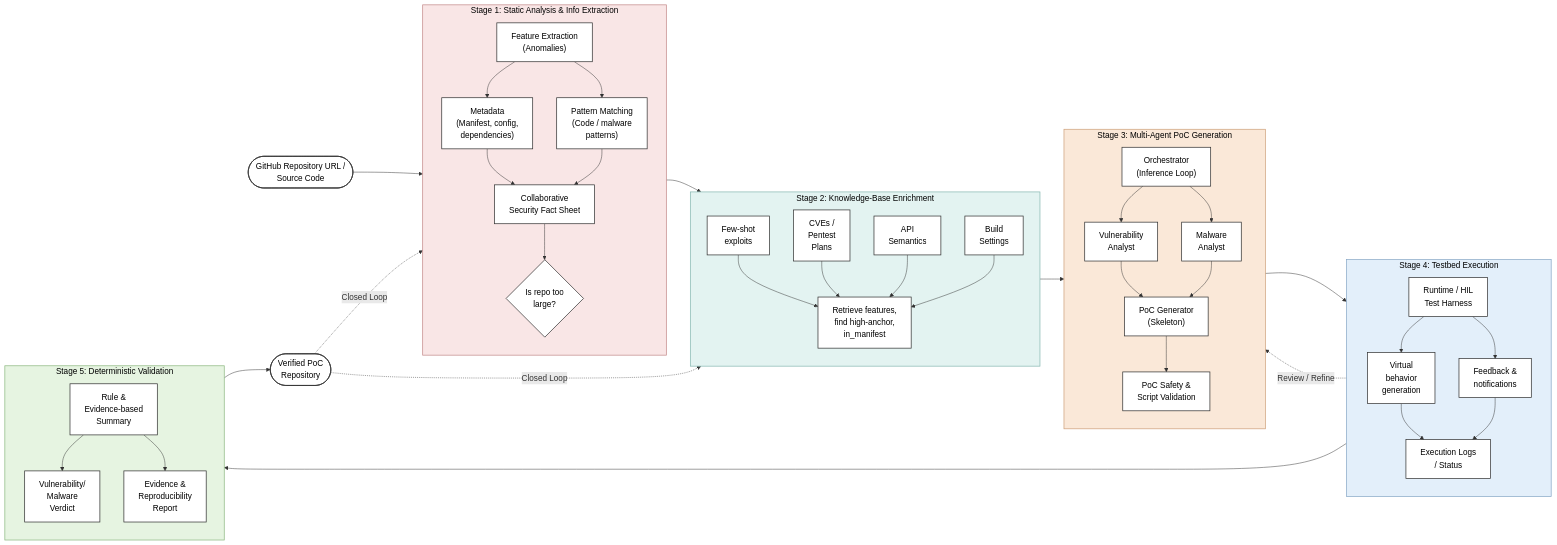
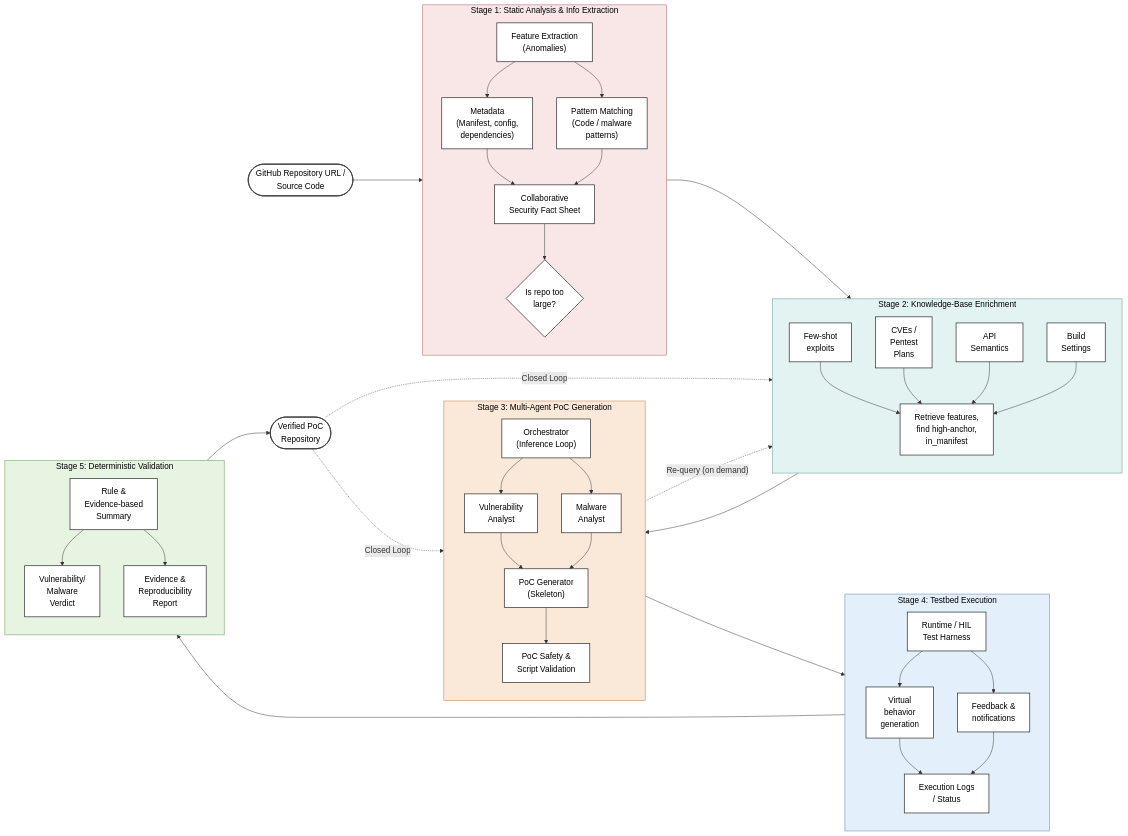
One commit to ioget/ExtPoCGen changed the diagram in MyThinking-Archi/pipeline_5stage.mmd. Above: the diagram before and after it, drawn with Mermaid. The commit also changed 1 other file, not shown here.

Commit message:
Diagram: 5-stage pipeline feedback loops (both from verified PoC to KB enrichment + PoC generation, plus on-demand re-query)

```diff
--- a/MyThinking-Archi/pipeline_5stage.mmd
+++ b/MyThinking-Archi/pipeline_5stage.mmd
@@ -1,104 +1,106 @@
 %%{init: {'themeVariables': {'fontSize':'17px'}}}%%
 flowchart LR
     %% Entrée initiale
     Start(["GitHub Repository URL /<br/>Source Code"])
 
     %% Stage 1
     subgraph Stage1["Stage 1: Static Analysis & Info Extraction"]
         direction TB
         S1_feat["Feature Extraction<br/>(Anomalies)"]
         S1_meta["Metadata<br/>(Manifest, config,<br/>dependencies)"]
         S1_patt["Pattern Matching<br/>(Code / malware<br/>patterns)"]
         S1_sheet["Collaborative<br/>Security Fact Sheet"]
         S1_repo{"Is repo too<br/>large?"}
 
         S1_feat --> S1_meta
         S1_feat --> S1_patt
         S1_meta --> S1_sheet
         S1_patt --> S1_sheet
         S1_sheet --> S1_repo
     end
 
     %% Stage 2
     subgraph Stage2["Stage 2: Knowledge-Base Enrichment"]
         direction TB
         S2_few["Few-shot<br/>exploits"]
         S2_cve["CVEs /<br/>Pentest<br/>Plans"]
         S2_api["API<br/>Semantics"]
         S2_build["Build<br/>Settings"]
         S2_ret["Retrieve features,<br/>find high-anchor,<br/>in_manifest"]
 
         S2_few --> S2_ret
         S2_cve --> S2_ret
         S2_api --> S2_ret
         S2_build --> S2_ret
     end
 
     %% Stage 3
     subgraph Stage3["Stage 3: Multi-Agent PoC Generation"]
         direction TB
         S3_orch["Orchestrator<br/>(Inference Loop)"]
         S3_vuln["Vulnerability<br/>Analyst"]
         S3_mal["Malware<br/>Analyst"]
         S3_gen["PoC Generator<br/>(Skeleton)"]
         S3_val["PoC Safety &<br/>Script Validation"]
 
         S3_orch --> S3_vuln
         S3_orch --> S3_mal
         S3_vuln --> S3_gen
         S3_mal --> S3_gen
         S3_gen --> S3_val
     end
 
     %% Stage 4
     subgraph Stage4["Stage 4: Testbed Execution"]
         direction TB
         S4_run["Runtime / HIL<br/>Test Harness"]
         S4_virt["Virtual<br/>behavior<br/>generation"]
         S4_feed["Feedback &<br/>notifications"]
         S4_logs["Execution Logs<br/>/ Status"]
 
         S4_run --> S4_virt
         S4_run --> S4_feed
         S4_virt --> S4_logs
         S4_feed --> S4_logs
     end
 
     %% Stage 5
     subgraph Stage5["Stage 5: Deterministic Validation"]
         direction TB
         S5_rule["Rule &<br/>Evidence-based<br/>Summary"]
         S5_verd["Vulnerability/<br/>Malware<br/>Verdict"]
         S5_rep["Evidence &<br/>Reproducibility<br/>Report"]
 
         S5_rule --> S5_verd
         S5_rule --> S5_rep
     end
 
     %% Sortie finale
     End(["Verified PoC<br/>Repository"])
 
     %% Flux principal entre les étapes (toutes les flèches ciblent des CONTENEURS
     %% -> Mermaid respecte alors le `direction TB` interne de chaque stage)
     Start --> Stage1
     Stage1 --> Stage2
     Stage2 --> Stage3
     Stage3 --> Stage4
     Stage4 --> Stage5
     Stage5 --> End
 
-    %% Boucles de rétroaction (pointillés) — vers les conteneurs
-    Stage4 -. "Review / Refine" .-> Stage3
-    End -. "Closed Loop" .-> Stage1
+    %% Boucles de rétroaction (pointillés) — toutes deux depuis le PoC vérifié (End)
+    End -. "Closed Loop" .-> Stage3
     End -. "Closed Loop" .-> Stage2
+
+    %% L'agent peut ré-interroger le retrieval à la demande pendant la génération
+    Stage3 -. "Re-query (on demand)" .-> Stage2
 
     %% Styles des conteneurs (Stages)
     style Stage1 fill:#f9e6e6,stroke:#c48b8b,stroke-width:1.5px,color:#000
     style Stage2 fill:#e3f3f1,stroke:#88b8b2,stroke-width:1.5px,color:#000
     style Stage3 fill:#fae8d8,stroke:#cfa17c,stroke-width:1.5px,color:#000
     style Stage4 fill:#e3effa,stroke:#88a8c7,stroke-width:1.5px,color:#000
     style Stage5 fill:#e6f4e1,stroke:#8eb882,stroke-width:1.5px,color:#000
 
     %% Styles des boîtes internes
     classDef whiteBox fill:#ffffff,stroke:#333333,stroke-width:1.5px,color:#000
     class Start,End,S1_feat,S1_meta,S1_patt,S1_sheet,S1_repo,S2_few,S2_cve,S2_api,S2_build,S2_ret,S3_orch,S3_vuln,S3_mal,S3_gen,S3_val,S4_run,S4_virt,S4_feed,S4_logs,S5_rule,S5_verd,S5_rep whiteBox
```
